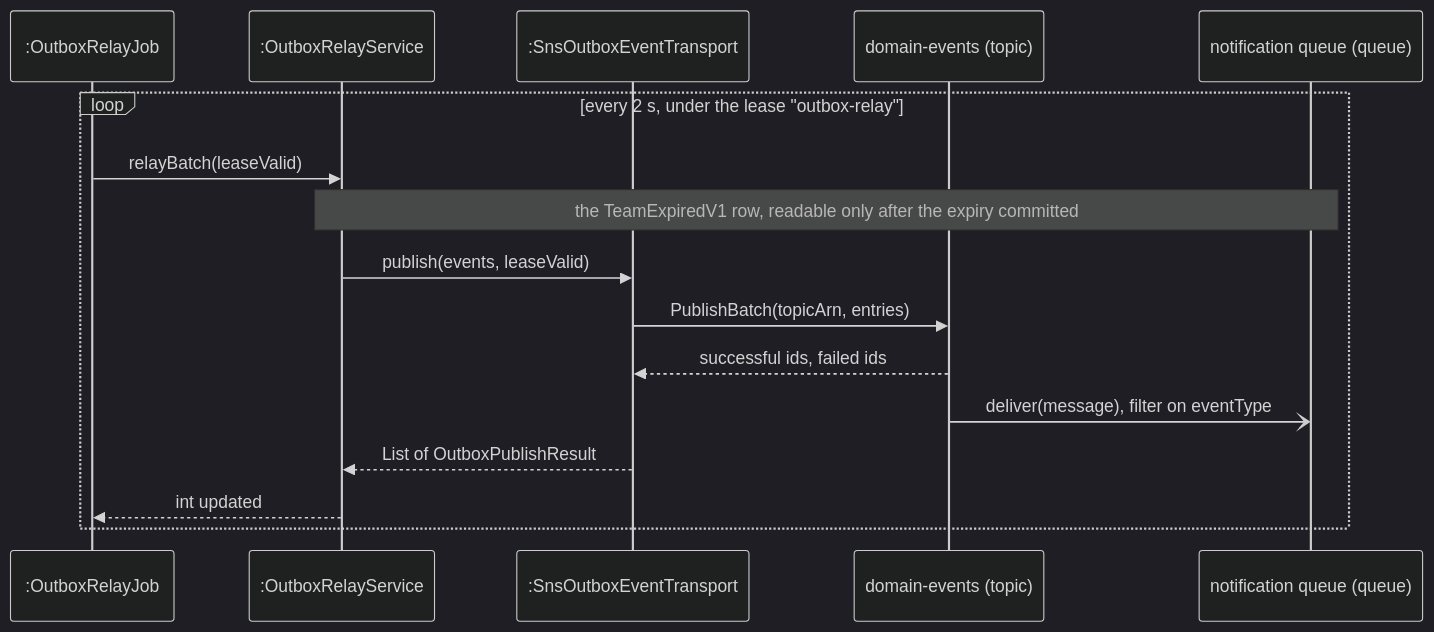
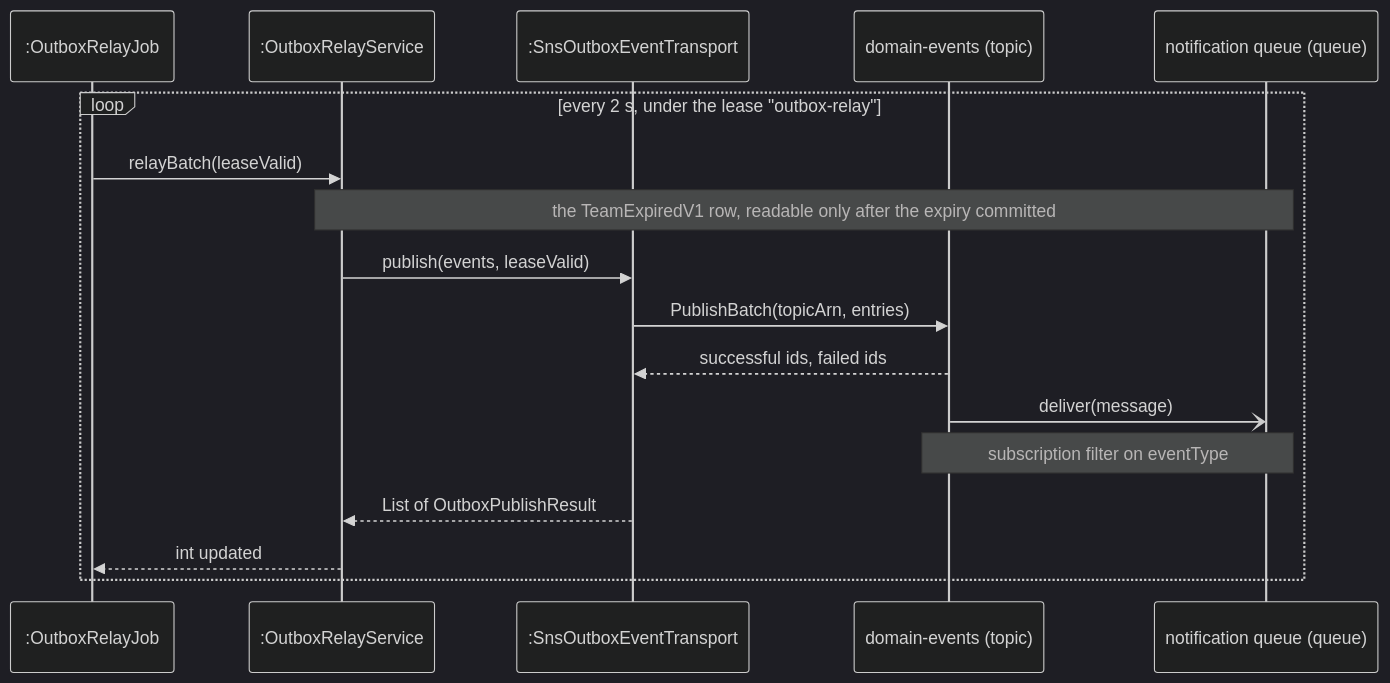
One commit to PPsyrius/iss-groupbuy-team8 changed the diagram in docs/swe5001/report/diagrams/uml/src/d14c-outbox-relay.mmd. Above: the diagram before and after it, drawn with Mermaid (dark theme). The commit also changed 55 other files, not shown here.

```diff
--- a/docs/swe5001/report/diagrams/uml/src/d14c-outbox-relay.mmd
+++ b/docs/swe5001/report/diagrams/uml/src/d14c-outbox-relay.mmd
@@ -1,18 +1,19 @@
 %% frame: After the expiry, part 2: the outbox relay publishes the expiry event (design)
 sequenceDiagram
     participant RJob as :OutboxRelayJob
     participant Relay as :OutboxRelayService
     participant T as :SnsOutboxEventTransport
     participant Topic as domain-events (topic)
     participant Q as notification queue (queue)
 
     loop every 2 s, under the lease "outbox-relay"
         RJob->>Relay: relayBatch(leaseValid)
         Note over Relay,Q: the TeamExpiredV1 row, readable only after the expiry committed
         Relay->>T: publish(events, leaseValid)
         T->>Topic: PublishBatch(topicArn, entries)
         Topic-->>T: successful ids, failed ids
-        Topic-)Q: deliver(message), filter on eventType
+        Topic-)Q: deliver(message)
+        Note over Topic,Q: subscription filter on eventType
         T-->>Relay: List of OutboxPublishResult
         Relay-->>RJob: int updated
     end
```
